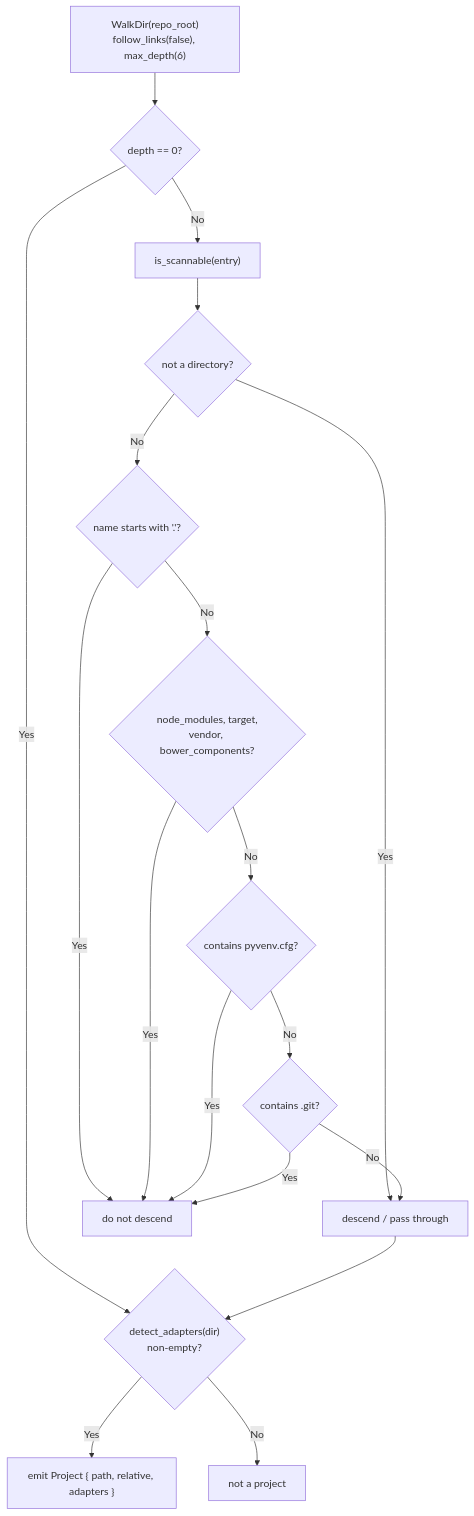
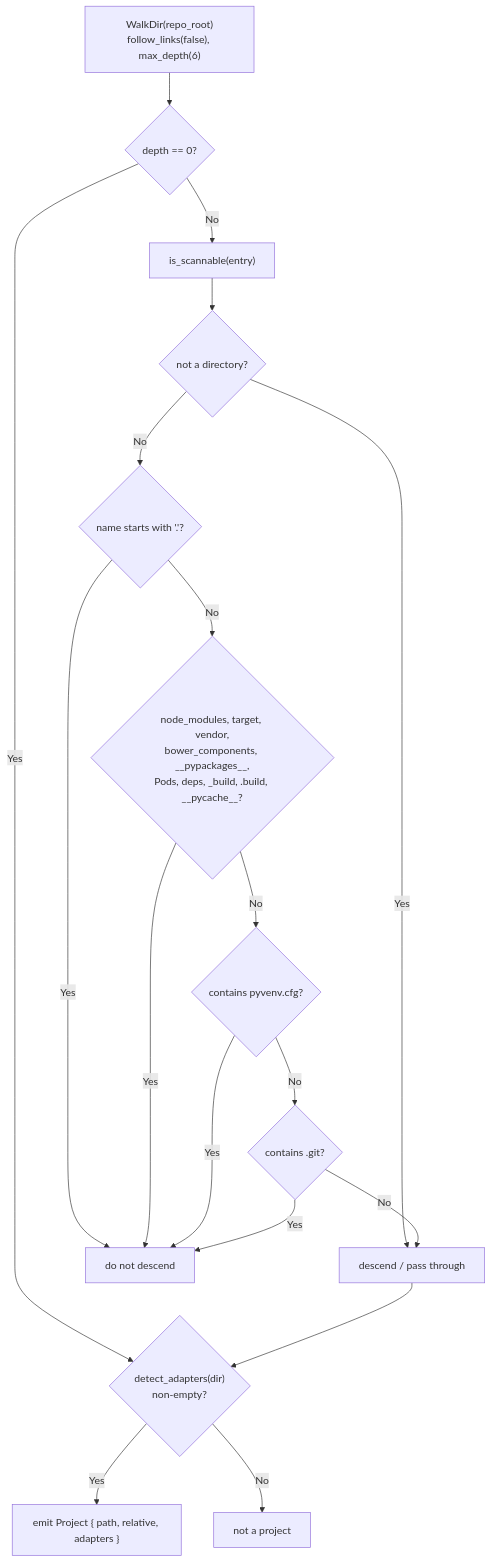
Before and after one commit to Life-Experimentalist/dev-prune: the second of 2 diagrams in docs/architecture/LLD.md, drawn with Mermaid. The commit also changed other lines of this file and 34 other files, not shown here.

````diff
--- a/docs/architecture/LLD.md
+++ b/docs/architecture/LLD.md
@@ -264,21 +278,21 @@
 ```mermaid
 flowchart TD
     Root["WalkDir(repo_root)<br/>follow_links(false), max_depth(6)"] --> D{"depth == 0?"}
     D -->|Yes| Test
     D -->|No| Scan["is_scannable(entry)"]
 
     Scan --> F1{"not a directory?"}
     F1 -->|Yes| Pass["descend / pass through"]
     F1 -->|No| F2{"name starts with '.'?"}
     F2 -->|Yes| Prune["do not descend"]
-    F2 -->|No| F3{"node_modules, target,<br/>vendor, bower_components?"}
+    F2 -->|No| F3{"node_modules, target, vendor,<br/>bower_components, __pypackages__,<br/>Pods, deps, _build, .build, __pycache__?"}
     F3 -->|Yes| Prune
     F3 -->|No| F4{"contains pyvenv.cfg?"}
     F4 -->|Yes| Prune
     F4 -->|No| F5{"contains .git?"}
     F5 -->|Yes| Prune
     F5 -->|No| Pass
     Pass --> Test{"detect_adapters(dir)<br/>non-empty?"}
     Test -->|Yes| Emit["emit Project { path, relative, adapters }"]
     Test -->|No| Skip["not a project"]
 ```
````
